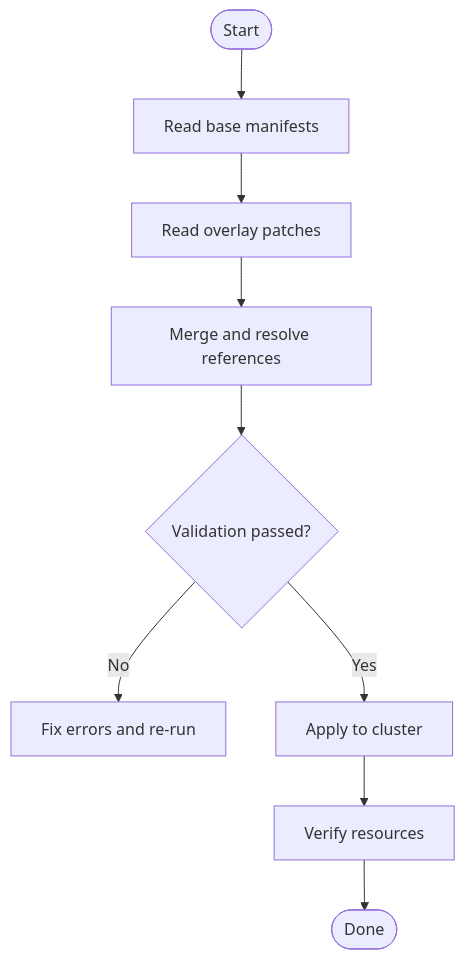
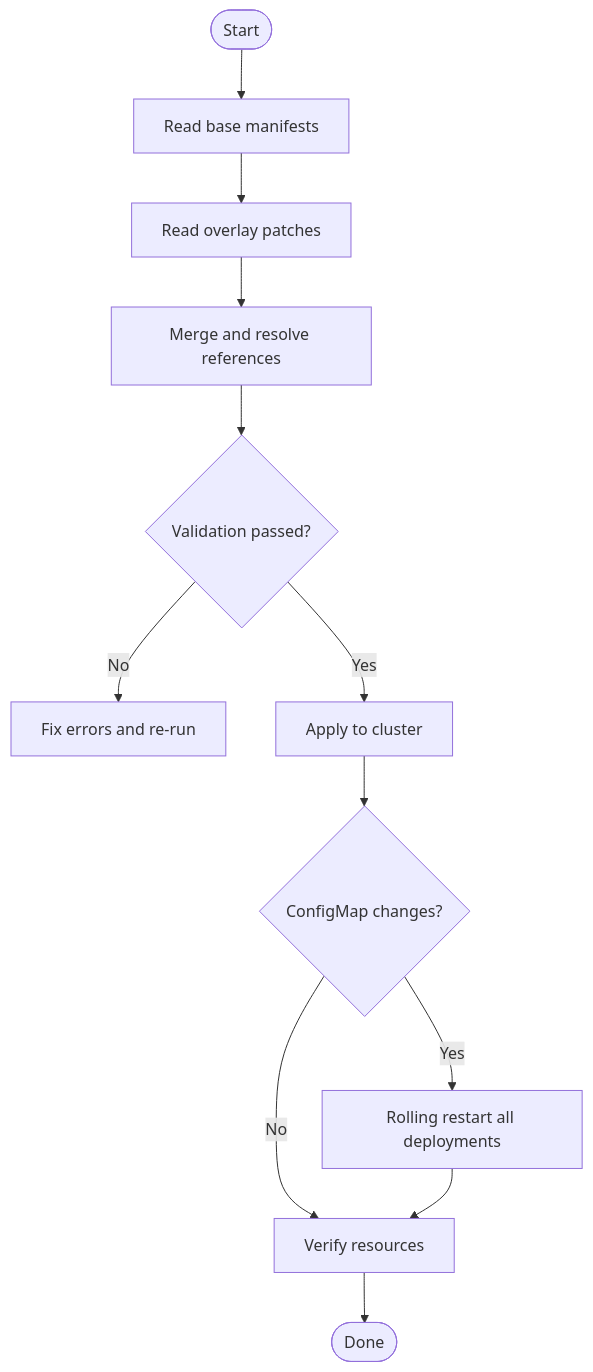
The third of 7 diagrams in .qoder/repowiki/en/content/Deployment and Operations/GitOps Workflow.md (metasync/luban-aiops), drawn with Mermaid before and after one commit. The commit also changed other lines of this file and 43 other files, not shown here.

````diff
--- a/.qoder/repowiki/en/content/Deployment and Operations/GitOps Workflow.md
+++ b/.qoder/repowiki/en/content/Deployment and Operations/GitOps Workflow.md
@@ -120,11 +149,14 @@
 ```mermaid
 flowchart TD
 Start(["Start"]) --> ReadBase["Read base manifests"]
 ReadBase --> ReadOverlay["Read overlay patches"]
 ReadOverlay --> Merge["Merge and resolve references"]
 Merge --> Validate{"Validation passed?"}
 Validate --> |No| Fix["Fix errors and re-run"]
 Validate --> |Yes| Apply["Apply to cluster"]
-Apply --> Verify["Verify resources"]
+Apply --> CheckCM{"ConfigMap changes?"}
+CheckCM --> |Yes| Restart["Rolling restart all deployments"]
+CheckCM --> |No| Verify["Verify resources"]
+Restart --> Verify
 Verify --> End(["Done"])
 ```
````
